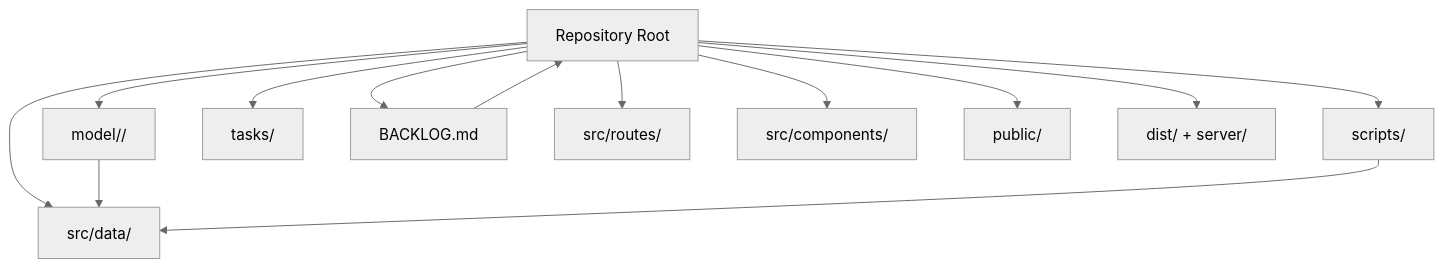
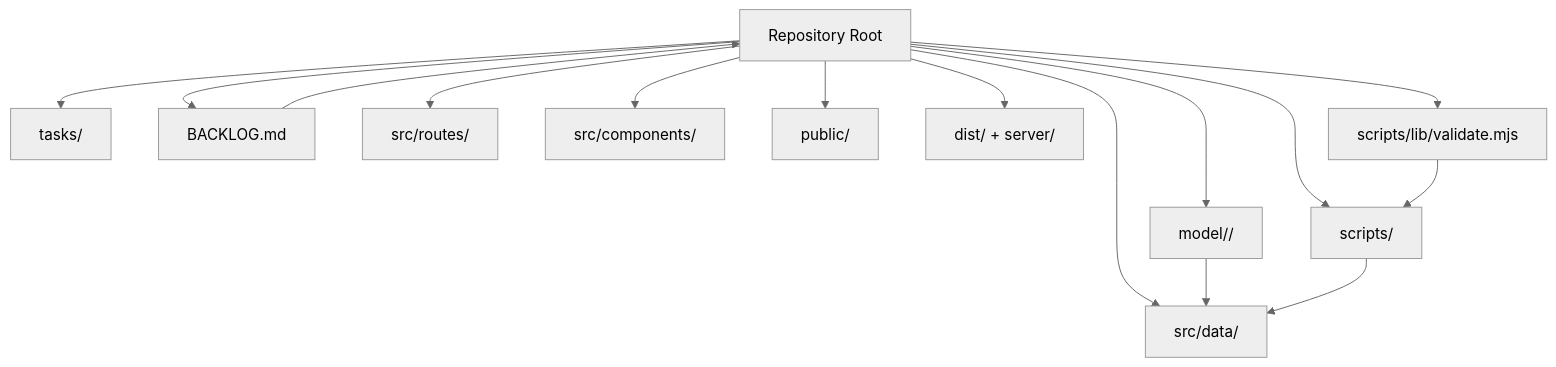
Before and after one commit to delirium-dj/modelcomp: the first of 4 diagrams in .qoder/repowiki/en/content/Getting Started.md, drawn with Mermaid (neutral theme). The commit also changed other lines of this file and 242 other files, not shown here.

````diff
--- a/.qoder/repowiki/en/content/Getting Started.md
+++ b/.qoder/repowiki/en/content/Getting Started.md
@@ -60,25 +63,28 @@
 ```mermaid
 graph TB
 Repo["Repository Root"]
 ModelDir["model/<slug>/"]
 SrcData["src/data/"]
 Scripts["scripts/"]
 Tasks["tasks/"]
 Backlog["BACKLOG.md"]
 SrcRoutes["src/routes/"]
 SrcComponents["src/components/"]
 Public["public/"]
 Dist["dist/ + server/"]
+Validate["scripts/lib/validate.mjs"]
 Repo --> ModelDir
 Repo --> SrcData
 Repo --> Scripts
 Repo --> Tasks
 Repo --> Backlog
 Repo --> SrcRoutes
 Repo --> SrcComponents
 Repo --> Public
 Repo --> Dist
+Repo --> Validate
 ModelDir --> SrcData
 Scripts --> SrcData
+Validate --> Scripts
 Backlog --> Repo
 ```
````
